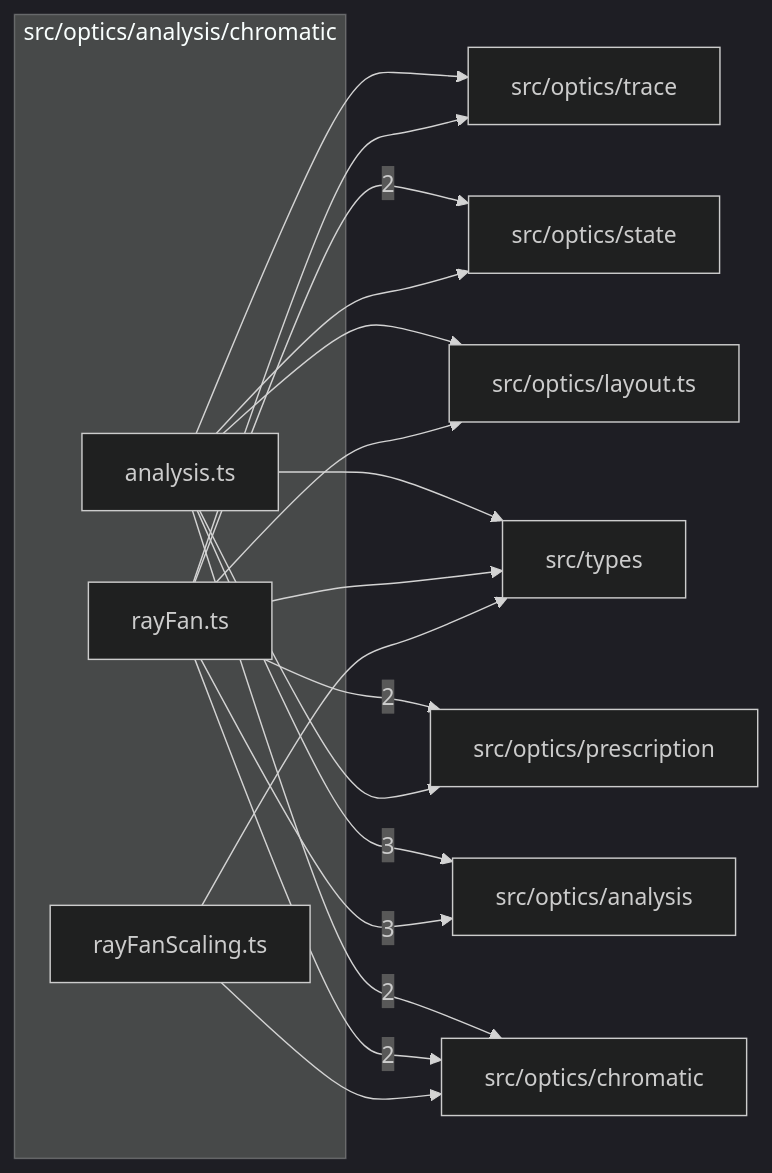
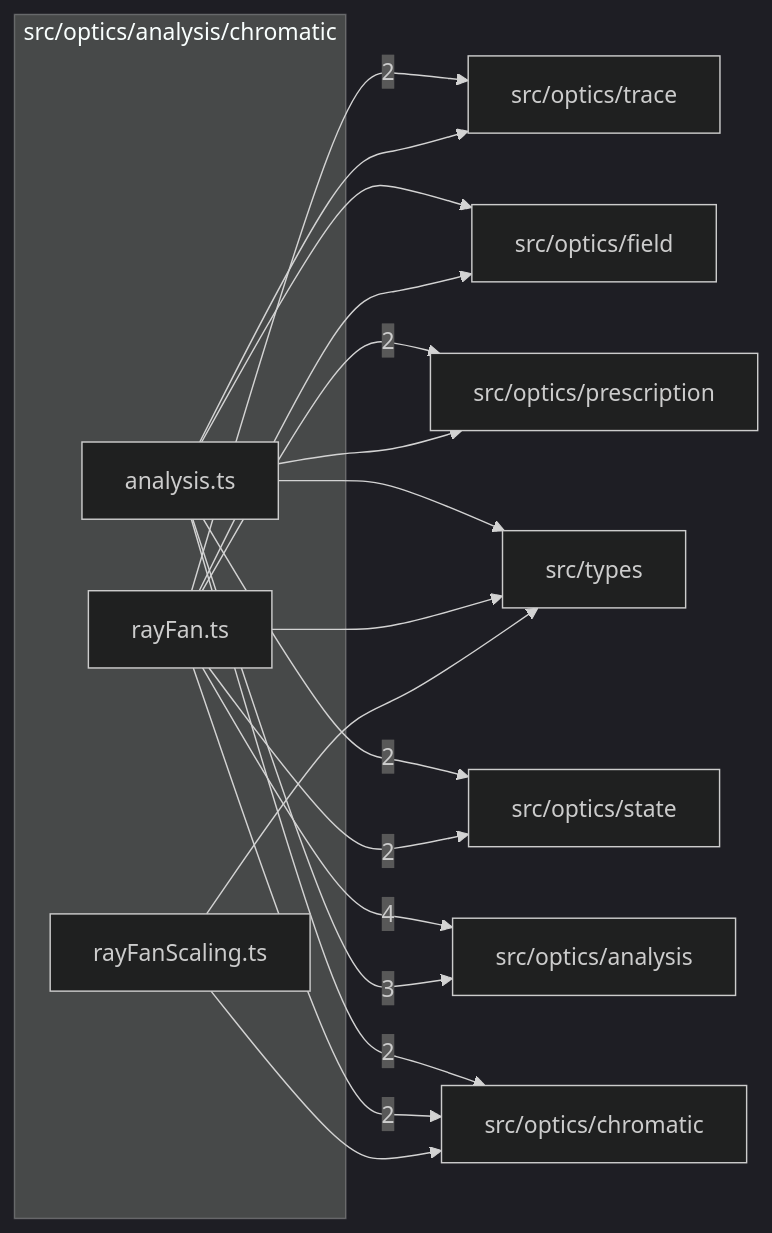
Before and after one commit to BeamFour/LensVisualizer: the diagram in src/optics/analysis/chromatic/readme.md, drawn with Mermaid (dark theme). The commit also changed other lines of this file and 439 other files, not shown here.

````diff
--- a/src/optics/analysis/chromatic/readme.md
+++ b/src/optics/analysis/chromatic/readme.md
@@ -9,31 +9,31 @@
 ```mermaid
 flowchart LR
   subgraph n_src_optics_analysis_chromatic["src/optics/analysis/chromatic"]
     n_src_optics_analysis_chromatic_src_optics_analysis_chromatic_analysis_ts["analysis.ts"]
     n_src_optics_analysis_chromatic_src_optics_analysis_chromatic_rayFan_ts["rayFan.ts"]
     n_src_optics_analysis_chromatic_src_optics_analysis_chromatic_rayFanScaling_ts["rayFanScaling.ts"]
   end
   n_external_src_optics_analysis["src/optics/analysis"]
   n_external_src_optics_chromatic["src/optics/chromatic"]
   n_external_src_optics_prescription["src/optics/prescription"]
   n_external_src_optics_state["src/optics/state"]
-  n_external_src_optics_layout_ts["src/optics/layout.ts"]
   n_external_src_optics_trace["src/optics/trace"]
+  n_external_src_optics_field["src/optics/field"]
   n_external_src_types["src/types"]
+  n_src_optics_analysis_chromatic_src_optics_analysis_chromatic_rayFan_ts --> |4| n_external_src_optics_analysis
   n_src_optics_analysis_chromatic_src_optics_analysis_chromatic_analysis_ts --> |3| n_external_src_optics_analysis
-  n_src_optics_analysis_chromatic_src_optics_analysis_chromatic_rayFan_ts --> |3| n_external_src_optics_analysis
   n_src_optics_analysis_chromatic_src_optics_analysis_chromatic_analysis_ts --> |2| n_external_src_optics_chromatic
   n_src_optics_analysis_chromatic_src_optics_analysis_chromatic_rayFan_ts --> |2| n_external_src_optics_chromatic
   n_src_optics_analysis_chromatic_src_optics_analysis_chromatic_rayFan_ts --> |2| n_external_src_optics_prescription
+  n_src_optics_analysis_chromatic_src_optics_analysis_chromatic_analysis_ts --> |2| n_external_src_optics_state
   n_src_optics_analysis_chromatic_src_optics_analysis_chromatic_rayFan_ts --> |2| n_external_src_optics_state
+  n_src_optics_analysis_chromatic_src_optics_analysis_chromatic_rayFan_ts --> |2| n_external_src_optics_trace
   n_src_optics_analysis_chromatic_src_optics_analysis_chromatic_rayFanScaling_ts --> n_external_src_optics_chromatic
-  n_src_optics_analysis_chromatic_src_optics_analysis_chromatic_analysis_ts --> n_external_src_optics_layout_ts
-  n_src_optics_analysis_chromatic_src_optics_analysis_chromatic_rayFan_ts --> n_external_src_optics_layout_ts
+  n_src_optics_analysis_chromatic_src_optics_analysis_chromatic_analysis_ts --> n_external_src_optics_field
+  n_src_optics_analysis_chromatic_src_optics_analysis_chromatic_rayFan_ts --> n_external_src_optics_field
   n_src_optics_analysis_chromatic_src_optics_analysis_chromatic_analysis_ts --> n_external_src_optics_prescription
-  n_src_optics_analysis_chromatic_src_optics_analysis_chromatic_analysis_ts --> n_external_src_optics_state
   n_src_optics_analysis_chromatic_src_optics_analysis_chromatic_analysis_ts --> n_external_src_optics_trace
-  n_src_optics_analysis_chromatic_src_optics_analysis_chromatic_rayFan_ts --> n_external_src_optics_trace
   n_src_optics_analysis_chromatic_src_optics_analysis_chromatic_analysis_ts --> n_external_src_types
   n_src_optics_analysis_chromatic_src_optics_analysis_chromatic_rayFan_ts --> n_external_src_types
   n_src_optics_analysis_chromatic_src_optics_analysis_chromatic_rayFanScaling_ts --> n_external_src_types
 ```
````
